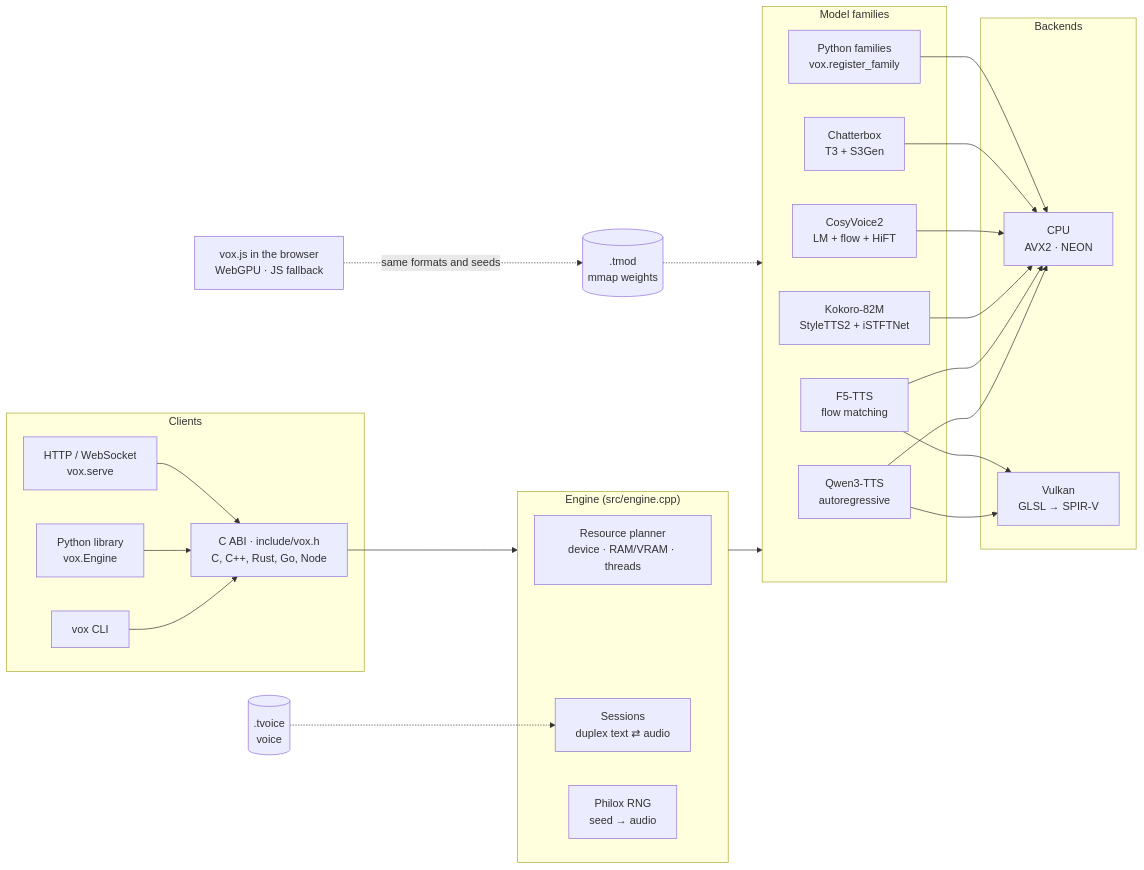
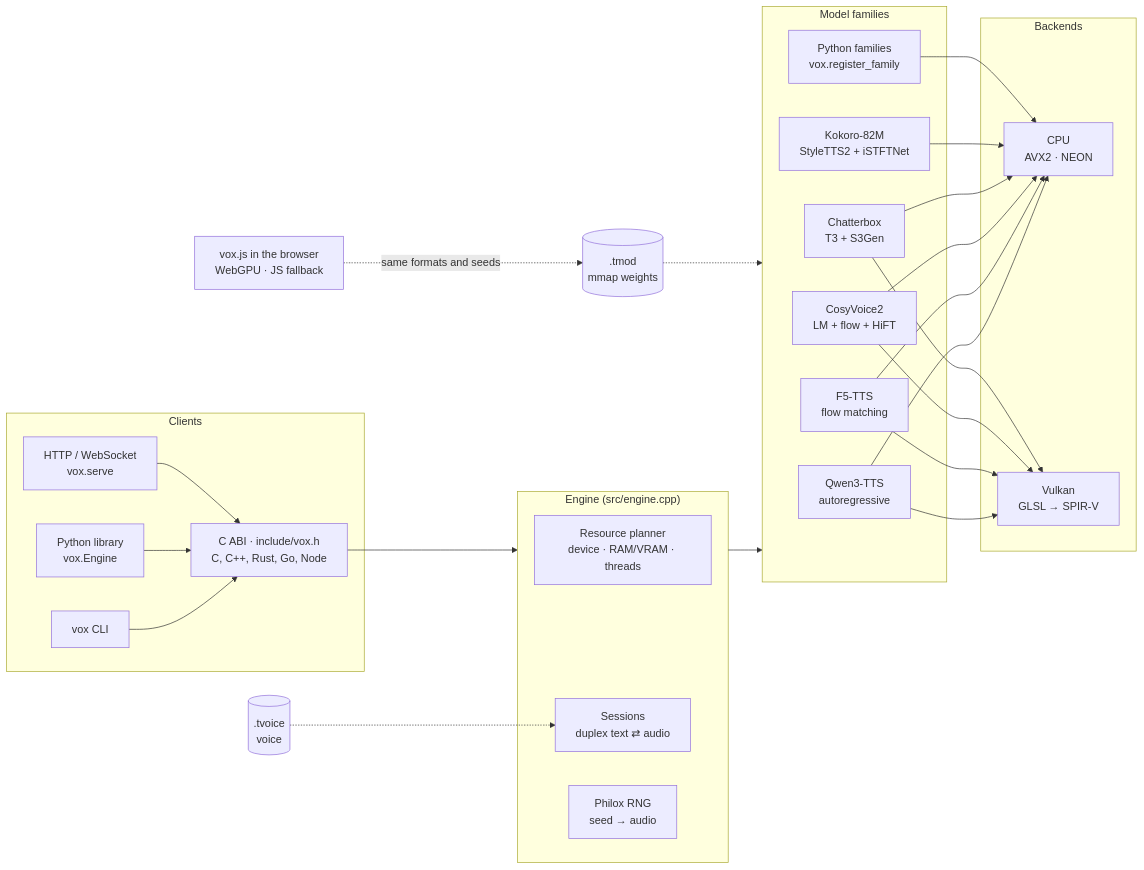
One commit to dariumi/Vox changed the first of 10 diagrams in README.md. Above: the diagram before and after it, drawn with Mermaid. The commit also changed other lines of this file and 38 other files, not shown here.

````diff
--- a/README.md
+++ b/README.md
@@ -43,35 +43,35 @@
 ```mermaid
 flowchart LR
     subgraph clients["Clients"]
         CLI["vox CLI"]
         PY["Python library<br/>vox.Engine"]
         SRV["HTTP / WebSocket<br/>vox.serve"]
         ABI["C ABI · include/vox.h<br/>C, C++, Rust, Go, Node"]
     end
     subgraph engine["Engine (src/engine.cpp)"]
         RES["Resource planner<br/>device · RAM/VRAM · threads"]
         SES["Sessions<br/>duplex text ⇄ audio"]
         RNG["Philox RNG<br/>seed → audio"]
     end
     subgraph fam["Model families"]
         Q["Qwen3-TTS<br/>autoregressive"]
         F["F5-TTS<br/>flow matching"]
         K["Kokoro-82M<br/>StyleTTS2 + iSTFTNet"]
         C["CosyVoice2<br/>LM + flow + HiFT"]
         CB["Chatterbox<br/>T3 + S3Gen"]
         P["Python families<br/>vox.register_family"]
     end
     subgraph hw["Backends"]
         CPU["CPU<br/>AVX2 · NEON"]
         VK["Vulkan<br/>GLSL → SPIR-V"]
     end
     TM[(".tmod<br/>mmap weights")]
     TV[(".tvoice<br/>voice")]
     CLI & PY & SRV --> ABI --> engine
     engine --> fam
-    Q & F --> CPU & VK
-    K & C & CB & P --> CPU
+    Q & F & C & CB --> CPU & VK
+    K & P --> CPU
     TM -.-> fam
     TV -.-> SES
     JS["vox.js in the browser<br/>WebGPU · JS fallback"] -.same formats and seeds.-> TM
 ```
````
